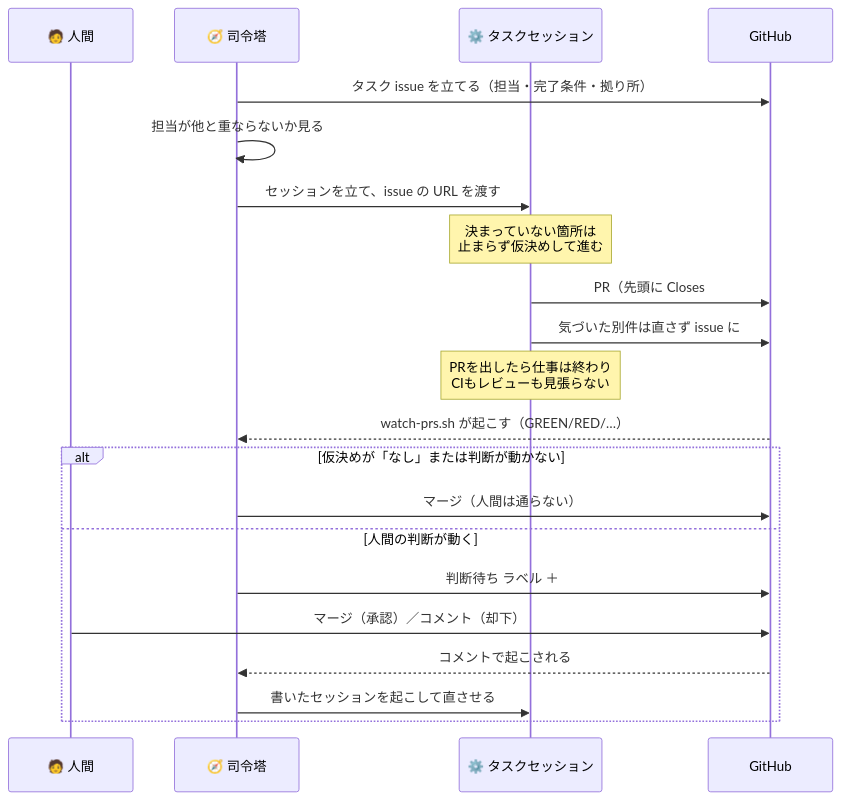
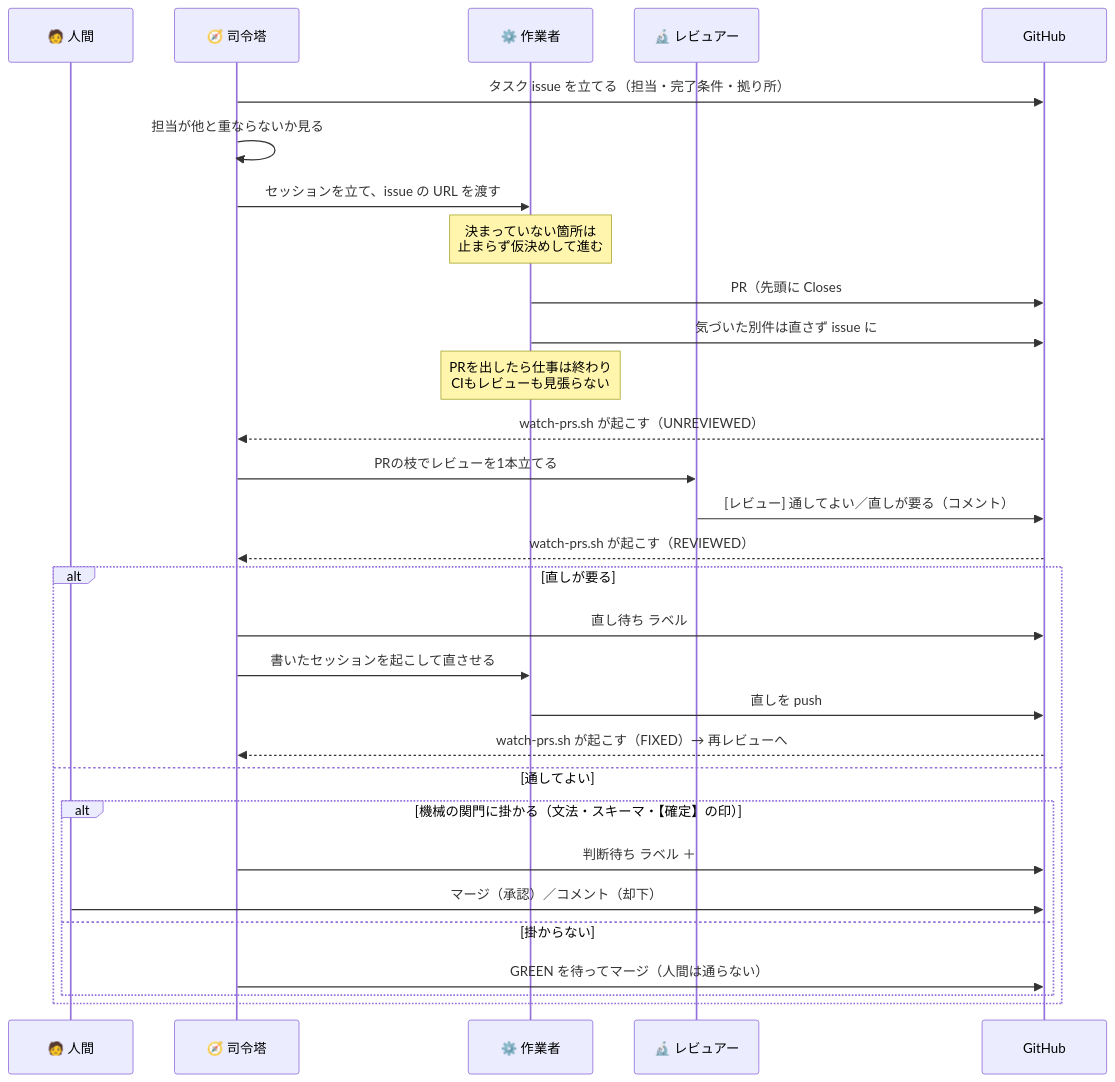
One commit to gooyyu1/UnmappedIsland changed the third of 5 diagrams in docs/ParallelAgents.md. Above: the diagram before and after it, drawn with Mermaid. The commit also changed other lines of this file, not shown here.

````diff
--- a/docs/ParallelAgents.md
+++ b/docs/ParallelAgents.md
@@ -80,25 +143,34 @@
 ```mermaid
 sequenceDiagram
     participant H as 🧑 人間
     participant C as 🧭 司令塔
-    participant W as ⚙️ タスクセッション
+    participant W as ⚙️ 作業者
+    participant R as 🔬 レビュアー
     participant G as GitHub
 
     C->>G: タスク issue を立てる（担当・完了条件・拠り所）
     C->>C: 担当が他と重ならないか見る
     C->>W: セッションを立て、issue の URL を渡す
     Note over W: 決まっていない箇所は<br/>止まらず仮決めして進む
     W->>G: PR（先頭に Closes #N と ## 仮決め）
     W->>G: 気づいた別件は直さず issue に
     Note over W: PRを出したら仕事は終わり<br/>CIもレビューも見張らない
-    G-->>C: watch-prs.sh が起こす（GREEN/RED/…）
+    G-->>C: watch-prs.sh が起こす（UNREVIEWED）
+    C->>R: PRの枝でレビューを1本立てる
+    R->>G: [レビュー] 通してよい／直しが要る（コメント）
+    G-->>C: watch-prs.sh が起こす（REVIEWED）
 
-    alt 仮決めが「なし」または判断が動かない
-        C->>G: マージ（人間は通らない）
-    else 人間の判断が動く
-        C->>G: 判断待ち ラベル ＋ #732 の先頭へ1行
-        H->>G: マージ（承認）／コメント（却下）
-        G-->>C: コメントで起こされる
+    alt 直しが要る
+        C->>G: 直し待ち ラベル
         C->>W: 書いたセッションを起こして直させる
+        W->>G: 直しを push
+        G-->>C: watch-prs.sh が起こす（FIXED）→ 再レビューへ
+    else 通してよい
+        alt 機械の関門に掛かる（文法・スキーマ・【確定】の印）
+            C->>G: 判断待ち ラベル ＋ #732 の先頭へ1行
+            H->>G: マージ（承認）／コメント（却下）
+        else 掛からない
+            C->>G: GREEN を待ってマージ（人間は通らない）
+        end
     end
 ```
````
